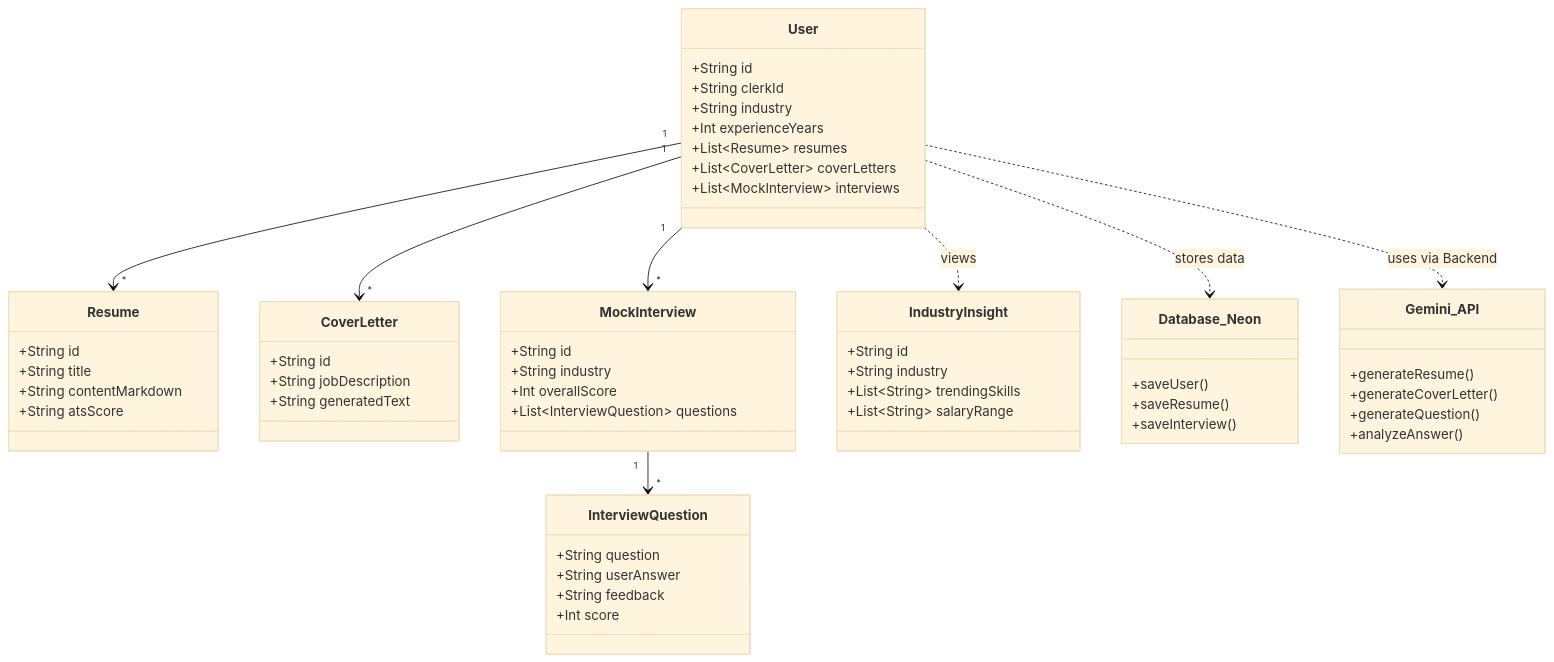
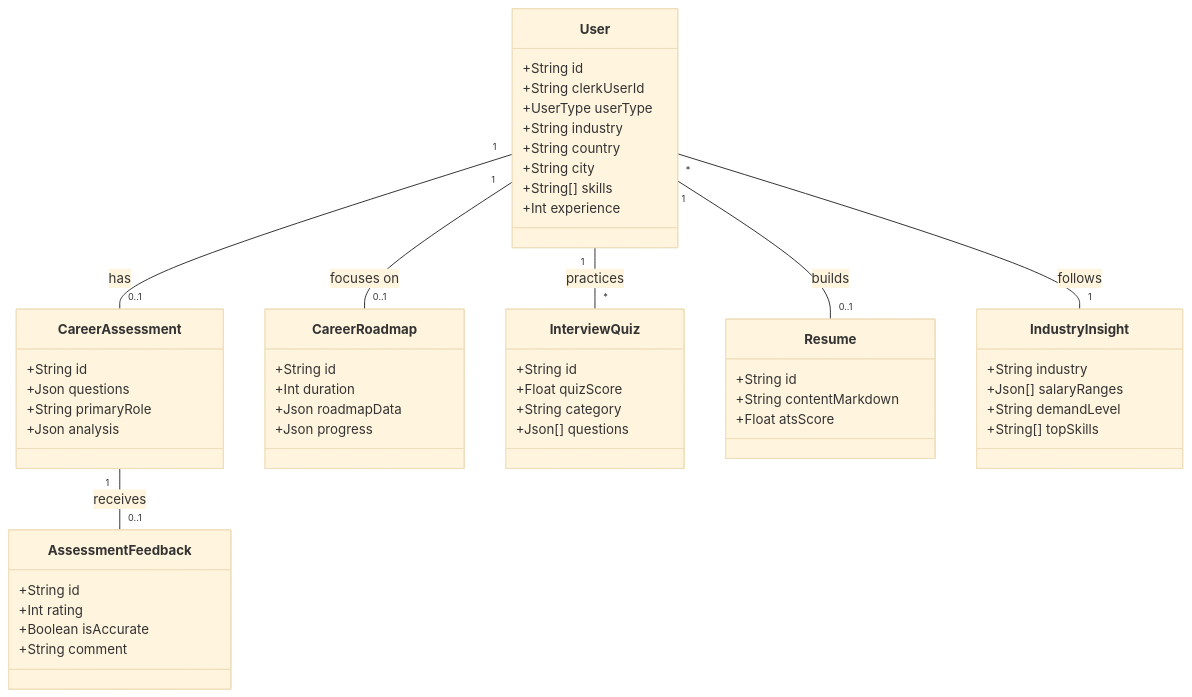
One commit to MohammedFawzaan/AI-Career-Pilot changed the fourth of 5 diagrams in docs/UML_Diagrams.md. Above: the diagram before and after it, drawn with Mermaid (base theme). The commit also changed other lines of this file and 8 other files, not shown here.

````diff
--- a/docs/UML_Diagrams.md
+++ b/docs/UML_Diagrams.md
@@ -115,67 +126,61 @@
 ```mermaid
 classDiagram
     class User {
         +String id
-        +String clerkId
+        +String clerkUserId
+        +UserType userType
         +String industry
-        +Int experienceYears
-        +List~Resume~ resumes
-        +List~CoverLetter~ coverLetters
-        +List~MockInterview~ interviews
+        +String country
+        +String city
+        +String[] skills
+        +Int experience
+    }
+    
+    class CareerAssessment {
+        +String id
+        +Json questions
+        +String primaryRole
+        +Json analysis
+    }
+    
+    class CareerRoadmap {
+        +String id
+        +Int duration
+        +Json roadmapData
+        +Json progress
+    }
+    
+    class InterviewQuiz {
+        +String id
+        +Float quizScore
+        +String category
+        +Json[] questions
     }
     
     class Resume {
         +String id
-        +String title
         +String contentMarkdown
-        +String atsScore
+        +Float atsScore
     }
     
-    class CoverLetter {
+    class AssessmentFeedback {
         +String id
-        +String jobDescription
-        +String generatedText
+        +Int rating
+        +Boolean isAccurate
+        +String comment
+    }
+
+    class IndustryInsight {
+        +String industry
+        +Json[] salaryRanges
+        +String demandLevel
+        +String[] topSkills
     }
     
-    class MockInterview {
-        +String id
-        +String industry
-        +Int overallScore
-        +List~InterviewQuestion~ questions
-    }
-    
-    class InterviewQuestion {
-        +String question
-        +String userAnswer
-        +String feedback
-        +Int score
-    }
-    
-    class IndustryInsight {
-        +String id
-        +String industry
-        +List~String~ trendingSkills
-        +List~String~ salaryRange
-    }
-    
-    class Database_Neon {
-        +saveUser()
-        +saveResume()
-        +saveInterview()
-    }
-    
-    class Gemini_API {
-        +generateResume()
-        +generateCoverLetter()
-        +generateQuestion()
-        +analyzeAnswer()
-    }
-    
-    User "1" --> "*" Resume
-    User "1" --> "*" CoverLetter
-    User "1" --> "*" MockInterview
-    MockInterview "1" --> "*" InterviewQuestion
-    User ..> IndustryInsight : views
-    User ..> Gemini_API : uses via Backend
-    User ..> Database_Neon : stores data
+    User "1" -- "0..1" CareerAssessment : has
+    User "1" -- "0..1" CareerRoadmap : focuses on
+    User "1" -- "0..1" Resume : builds
+    User "1" -- "*" InterviewQuiz : practices
+    CareerAssessment "1" -- "0..1" AssessmentFeedback : receives
+    User "*" -- "1" IndustryInsight : follows
 ```
````
